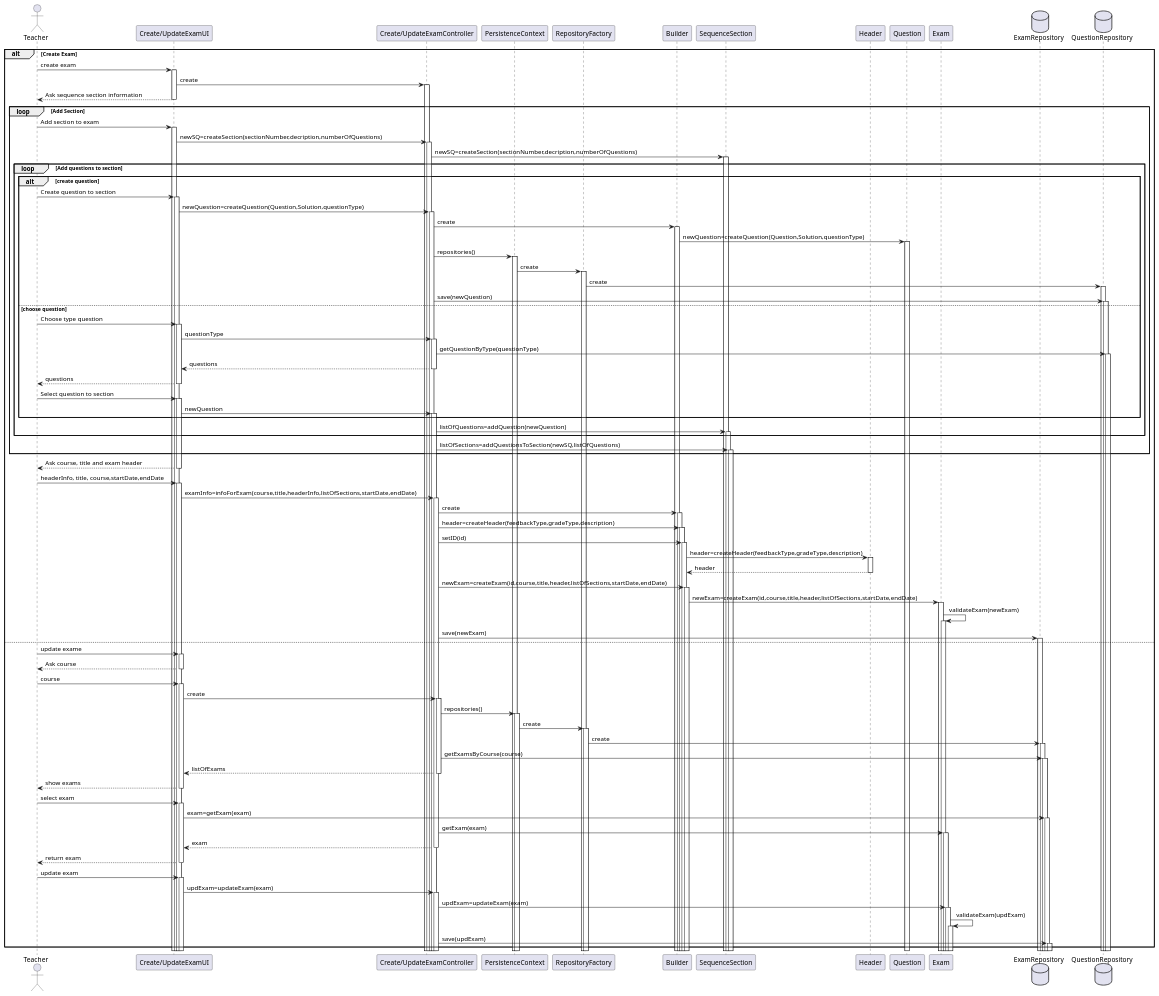
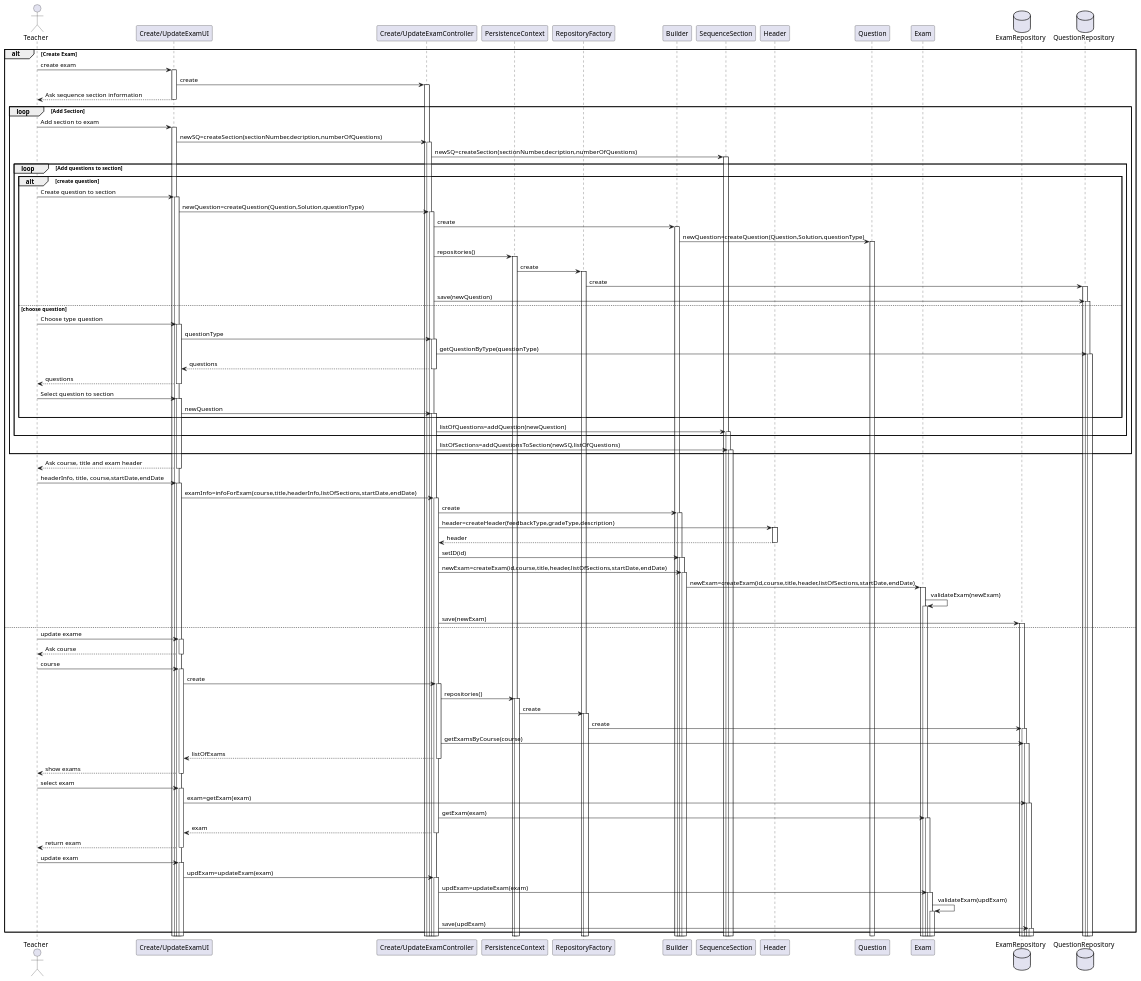
One commit to mascenso/isep-sem4-lapr4 changed the diagram in docs/SPRINT B/US2001 - Create an Exam/US2001-SD.puml. Above: the diagram before and after it, drawn with PlantUML. The commit also changed 31 other files, not shown here.

```diff
--- a/docs/SPRINT B/US2001 - Create an Exam/US2001-SD.puml
+++ b/docs/SPRINT B/US2001 - Create an Exam/US2001-SD.puml
@@ -1,97 +1,96 @@
 @startuml
 
 autoactivate on
 
 actor Teacher
 participant "Create/UpdateExamUI" as UI
 participant "Create/UpdateExamController" as EC
 participant "PersistenceContext" as PC
 participant "RepositoryFactory" as RF
 participant "Builder" as B
 participant "SequenceSection" as SQ
 participant "Header" as H
 participant "Question" as Q
 participant "Exam" as E
 database "ExamRepository" as ER
 database "QuestionRepository" as QR
 
 
 alt Create Exam
 Teacher -> UI: create exam
 UI -> EC: create
 UI --> Teacher: Ask sequence section information
 
 Loop Add Section
 Teacher->UI:Add section to exam
 UI->EC: newSQ=createSection(sectionNumber,decription,numberOfQuestions)
 EC->SQ: newSQ=createSection(sectionNumber,decription,numberOfQuestions)
 
 Loop Add questions to section
 
 
 Alt create question
 Teacher->UI:Create question to section
 UI->EC:newQuestion=createQuestion(Question,Solution,questionType)
 EC->B:create
 B->Q:newQuestion=createQuestion(Question,Solution,questionType)
 EC -> PC: repositories()
 PC -> RF: create
 RF -> QR: create
 EC->QR:save(newQuestion)
 
 else choose question
 
 Teacher->UI: Choose type question
 UI->EC:questionType
 EC -> QR: getQuestionByType(questionType)
 EC --> UI: questions
 UI-->Teacher:questions
 Teacher->UI:Select question to section
 UI->EC:newQuestion
 end
 
 EC->SQ:listOfQuestions=addQuestion(newQuestion)
 end
 
 EC->SQ: listOfSections=addQuestionsToSection(newSQ,listOfQuestions)
 end
 
 UI-->Teacher: Ask course, title and exam header
 Teacher->UI:headerInfo, title, course,startDate,endDate
 UI->EC:examInfo=infoForExam(course,title,headerInfo,listOfSections,startDate,endDate)
 EC->B:create
-EC->B:header=createHeader(feedbackType,gradeType,description)
+EC->H:header=createHeader(feedbackType,gradeType,description)
+H-->EC: header
 EC->B:setID(id)
-B->H:header=createHeader(feedbackType,gradeType,description)
-H-->B: header
 EC->B:newExam=createExam(id,course,title,header,listOfSections,startDate,endDate)
 B->E:newExam=createExam(id,course,title,header,listOfSections,startDate,endDate)
 E->E:validateExam(newExam)
 EC->ER: save(newExam)
 else
 Teacher -> UI: update exame
 UI-->Teacher: Ask course
 
 Teacher->UI: course
 UI -> EC: create
 EC -> PC: repositories()
 PC -> RF: create
 RF -> ER: create
 EC->ER:getExamsByCourse(course)
 EC-->UI:listOfExams
 UI-->Teacher:show exams
 
 Teacher->UI: select exam
 UI->ER:exam=getExam(exam)
 EC->E:getExam(exam)
 EC-->UI:exam
 UI-->Teacher: return exam
 
 Teacher->UI: update exam
 UI ->EC: updExam=updateExam(exam)
 EC->E:updExam=updateExam(exam)
 E->E:validateExam(updExam)
 EC->ER:save(updExam)
 
 end
 @enduml
```
